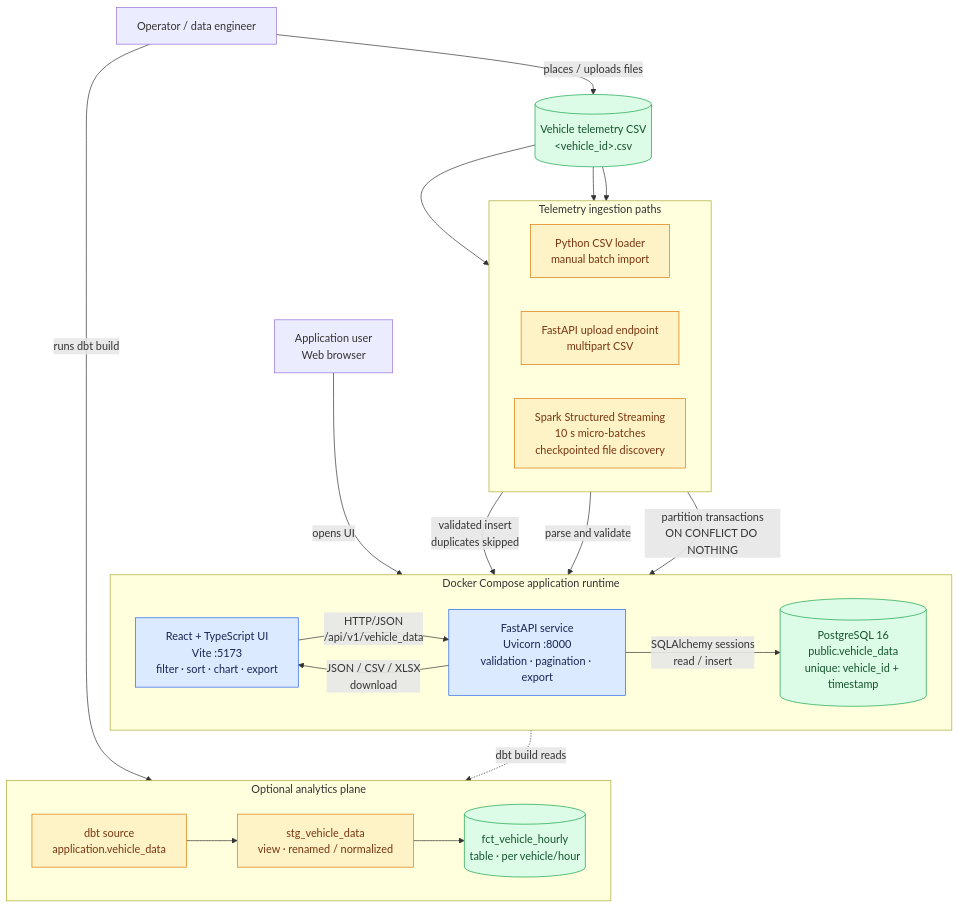
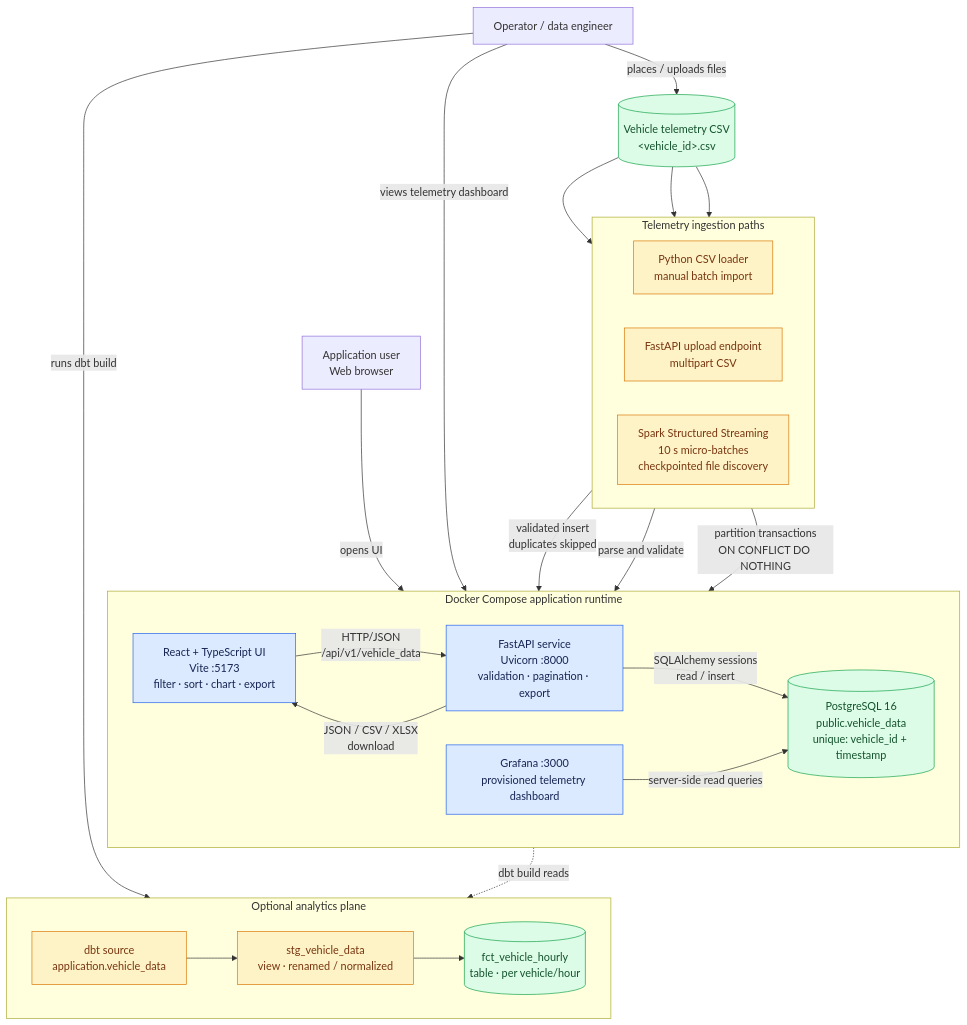
The diagram in docs/system-architecture.md (MDSYN2019/volteras_test), drawn with Mermaid before and after one commit. The commit also changed other lines of this file and 6 other files, not shown here.

Commit message:
Add provisioned Grafana telemetry dashboard

````diff
--- a/docs/system-architecture.md
+++ b/docs/system-architecture.md
@@ -10,50 +10,53 @@
 ```mermaid
 flowchart TB
     operator["Operator / data engineer"]
     user["Application user<br/>Web browser"]
     csv[("Vehicle telemetry CSV<br/>&lt;vehicle_id&gt;.csv")]
 
     subgraph runtime["Docker Compose application runtime"]
         direction LR
         frontend["React + TypeScript UI<br/>Vite :5173<br/>filter · sort · chart · export"]
         api["FastAPI service<br/>Uvicorn :8000<br/>validation · pagination · export"]
         postgres[("PostgreSQL 16<br/>public.vehicle_data<br/>unique: vehicle_id + timestamp")]
+        grafana["Grafana :3000<br/>provisioned telemetry dashboard"]
 
         frontend -->|"HTTP/JSON<br/>/api/v1/vehicle_data"| api
         api -->|"SQLAlchemy sessions<br/>read / insert"| postgres
         api -->|"JSON / CSV / XLSX<br/>download"| frontend
+        grafana -->|"server-side read queries"| postgres
     end
 
     subgraph ingestion["Telemetry ingestion paths"]
         direction LR
         cli["Python CSV loader<br/>manual batch import"]
         upload["FastAPI upload endpoint<br/>multipart CSV"]
         spark["Spark Structured Streaming<br/>10 s micro-batches<br/>checkpointed file discovery"]
     end
 
     subgraph analytics["Optional analytics plane"]
         direction LR
         source["dbt source<br/>application.vehicle_data"]
         staging["stg_vehicle_data<br/>view · renamed / normalized"]
         mart[("fct_vehicle_hourly<br/>table · per vehicle/hour")]
         source --> staging --> mart
     end
 
     user -->|"opens UI"| frontend
+    operator -->|"views telemetry dashboard"| grafana
     operator -->|"places / uploads files"| csv
     csv --> cli
     csv --> upload
     csv --> spark
     cli -->|"validated insert<br/>duplicates skipped"| postgres
     upload -->|"parse and validate"| api
     spark -->|"partition transactions<br/>ON CONFLICT DO NOTHING"| postgres
     postgres -.->|"dbt build reads"| source
     operator -->|"runs dbt build"| source
 
     classDef primary fill:#dbeafe,stroke:#2563eb,color:#172554;
     classDef store fill:#dcfce7,stroke:#16a34a,color:#14532d;
     classDef optional fill:#fef3c7,stroke:#d97706,color:#78350f;
-    class frontend,api primary;
+    class frontend,api,grafana primary;
     class postgres,csv,mart store;
     class cli,upload,spark,source,staging optional;
 ```
````
